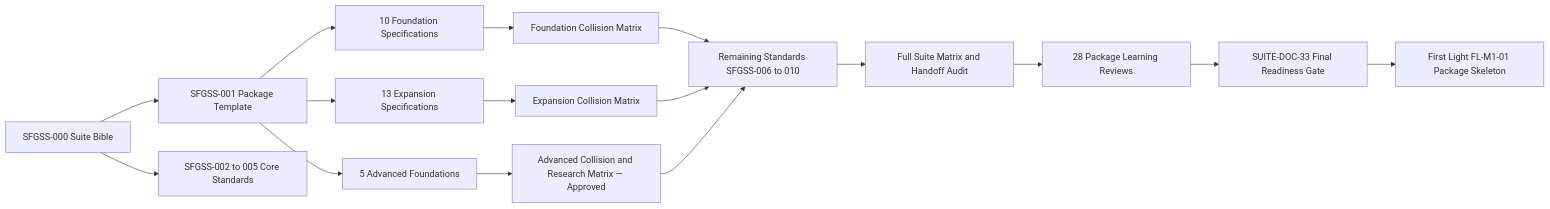
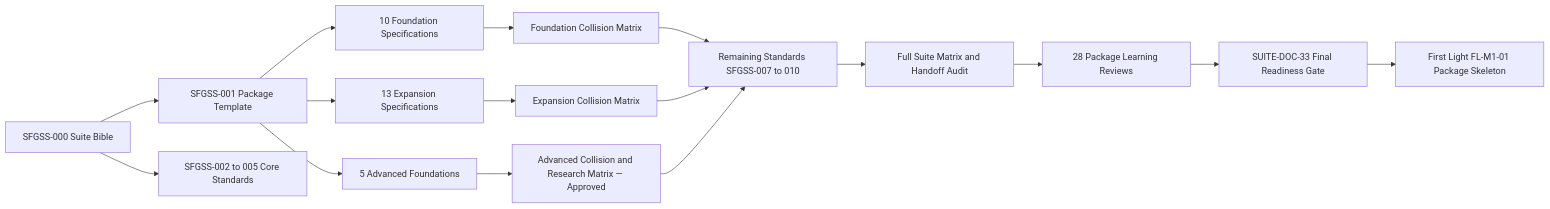
One commit to echodevgames/The-Sperk-Forge changed the first of 3 diagrams in Plan Documentation/Suite_Graph_Roadmap.md. Above: the diagram before and after it, drawn with Mermaid. The commit also changed other lines of this file and 9 other files, not shown here.

````diff
--- a/Plan Documentation/Suite_Graph_Roadmap.md
+++ b/Plan Documentation/Suite_Graph_Roadmap.md
@@ -30,18 +30,18 @@
 ```mermaid
 flowchart LR
     A[SFGSS-000 Suite Bible] --> B[SFGSS-001 Package Template]
     A --> C[SFGSS-002 to 005 Core Standards]
     B --> D[10 Foundation Specifications]
     B --> E[13 Expansion Specifications]
     B --> F[5 Advanced Foundations]
     D --> G[Foundation Collision Matrix]
     E --> H[Expansion Collision Matrix]
     F --> I[Advanced Collision and Research Matrix — Approved]
-    G --> J[Remaining Standards SFGSS-006 to 010]
+    G --> J[Remaining Standards SFGSS-007 to 010]
     H --> J
     I --> J
     J --> K[Full Suite Matrix and Handoff Audit]
     K --> L[28 Package Learning Reviews]
     L --> M[SUITE-DOC-33 Final Readiness Gate]
     M --> N[First Light FL-M1-01 Package Skeleton]
 ```
````
